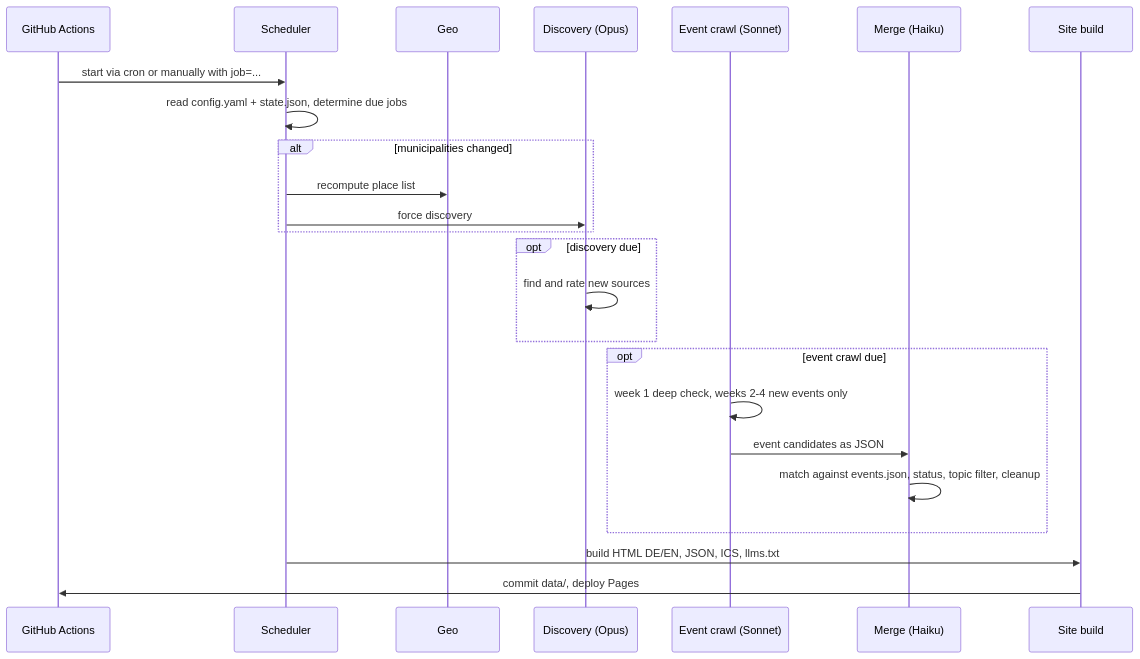
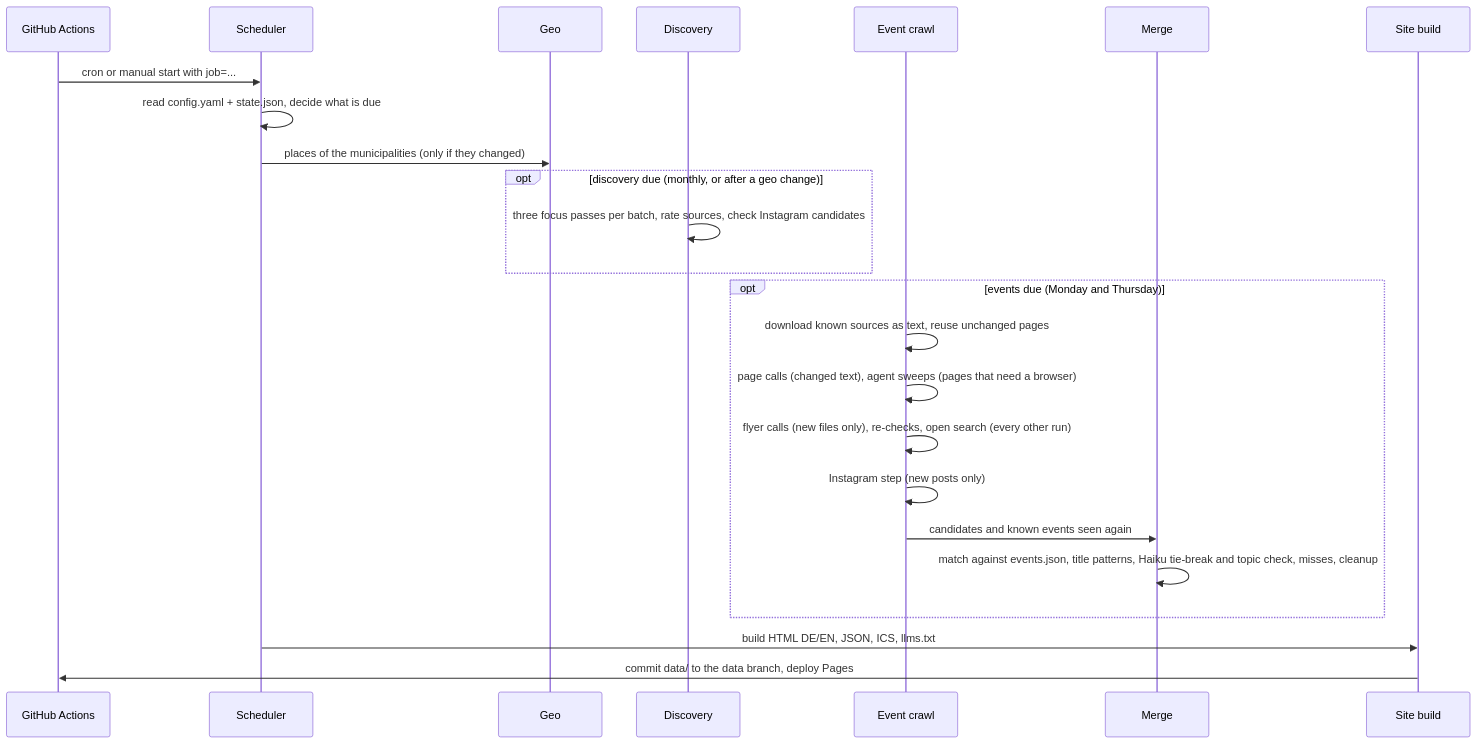
The third of 4 diagrams in docs/ARCHITECTURE.md (mat-los/letsgau), drawn with Mermaid before and after one commit. The commit also changed other lines of this file and 7 other files, not shown here.

First line of the commit message:
docs: bring architecture, prompt list and operations up to date

````diff
--- a/docs/ARCHITECTURE.md
+++ b/docs/ARCHITECTURE.md
@@ -76,26 +89,26 @@
 ```mermaid
 sequenceDiagram
   participant A as GitHub Actions
   participant S as Scheduler
   participant G as Geo
-  participant D as Discovery (Opus)
-  participant E as Event crawl (Sonnet)
-  participant M as Merge (Haiku)
+  participant D as Discovery
+  participant E as Event crawl
+  participant M as Merge
   participant B as Site build
-  A->>S: start via cron or manually with job=...
-  S->>S: read config.yaml + state.json, determine due jobs
-  alt municipalities changed
-    S->>G: recompute place list
-    S->>D: force discovery
+  A->>S: cron or manual start with job=...
+  S->>S: read config.yaml + state.json, decide what is due
+  S->>G: places of the municipalities (only if they changed)
+  opt discovery due (monthly, or after a geo change)
+    D->>D: three focus passes per batch, rate sources, check Instagram candidates
   end
-  opt discovery due
-    D->>D: find and rate new sources
-  end
-  opt event crawl due
-    E->>E: week 1 deep check, weeks 2-4 new events only
-    E->>M: event candidates as JSON
-    M->>M: match against events.json, status, topic filter, cleanup
+  opt events due (Monday and Thursday)
+    E->>E: download known sources as text, reuse unchanged pages
+    E->>E: page calls (changed text), agent sweeps (pages that need a browser)
+    E->>E: flyer calls (new files only), re-checks, open search (every other run)
+    E->>E: Instagram step (new posts only)
+    E->>M: candidates and known events seen again
+    M->>M: match against events.json, title patterns, Haiku tie-break and topic check, misses, cleanup
   end
   S->>B: build HTML DE/EN, JSON, ICS, llms.txt
-  B->>A: commit data/, deploy Pages
+  B->>A: commit data/ to the data branch, deploy Pages
 ```
````
